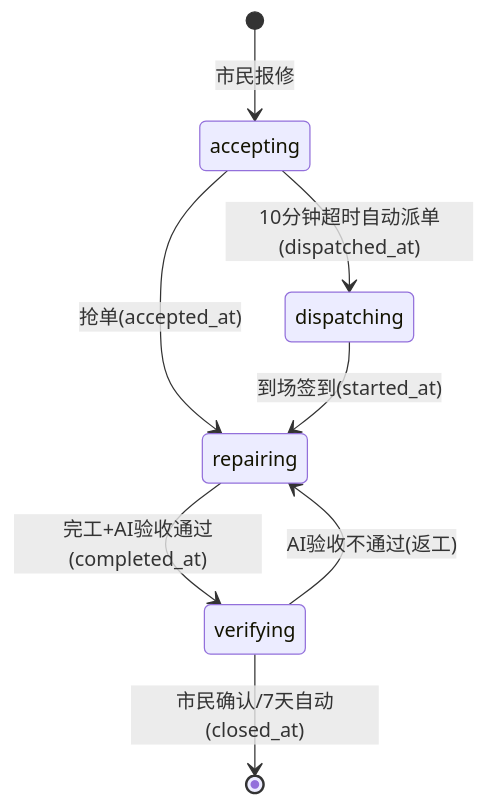
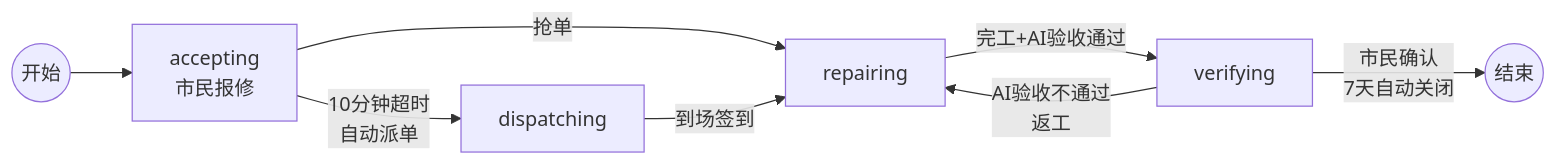
One commit to Youngshiqi/chengzhilianxiang changed the third of 3 diagrams in README.md. Above: the diagram before and after it, drawn with Mermaid. The commit also changed other lines of this file and 1 other file, not shown here.

Commit message:
chore: 隐藏内部PRD文档(.gitignore) + 更新演示账号 + 修复mermaid图表兼容GitHub渲染

````diff
--- a/README.md
+++ b/README.md
@@ -111,10 +111,10 @@
 ```mermaid
-stateDiagram-v2
-    [*] --> accepting: 市民报修
-    accepting --> repairing: 抢单(accepted_at)
-    accepting --> dispatching: 10分钟超时自动派单(dispatched_at)
-    dispatching --> repairing: 到场签到(started_at)
-    repairing --> verifying: 完工+AI验收通过(completed_at)
-    verifying --> [*]: 市民确认/7天自动(closed_at)
-    verifying --> repairing: AI验收不通过(返工)
+graph LR
+    start((开始)) --> accepting[accepting<br/>市民报修]
+    accepting -->|抢单| repairing[repairing]
+    accepting -->|10分钟超时<br/>自动派单| dispatching[dispatching]
+    dispatching -->|到场签到| repairing
+    repairing -->|完工+AI验收通过| verifying[verifying]
+    verifying -->|市民确认<br/>7天自动关闭| endState((结束))
+    verifying -->|AI验收不通过<br/>返工| repairing
 ```
````
